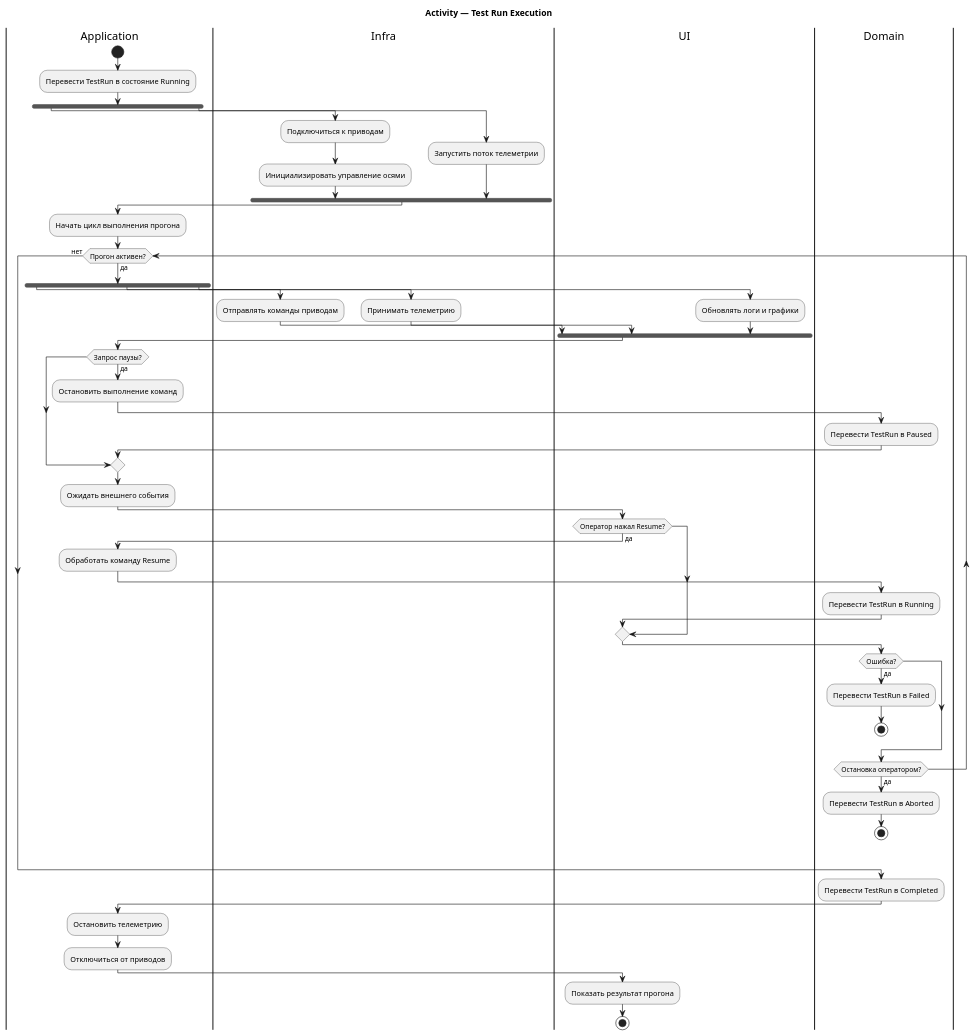
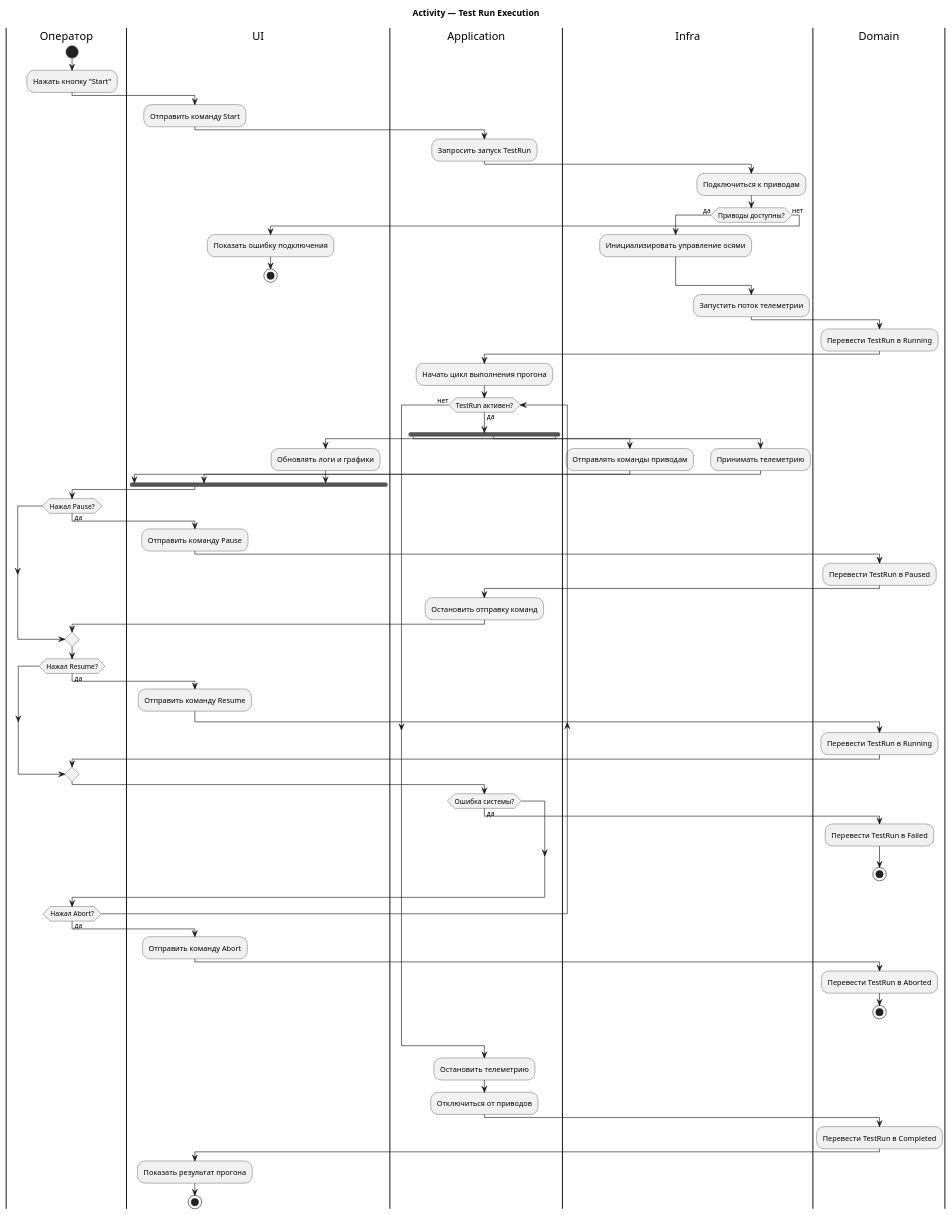
Before and after one commit to TarkWight/uas-test-system: the diagram in docs/diagrams/activity-test-run-execution.puml, drawn with PlantUML.

Commit message:
? update plant-uml with AD for test run execution
add operator
refactor diagram
update run loop
correct states flow

```diff
--- a/docs/diagrams/activity-test-run-execution.puml
+++ b/docs/diagrams/activity-test-run-execution.puml
@@ -1,74 +1,94 @@
 @startuml
 title Activity — Test Run Execution
 
+|Оператор|
+start
+:Нажать кнопку "Start";
+
+|UI|
+:Отправить команду Start;
+
 |Application|
-start
-:Перевести TestRun в состояние Running;
+:Запросить запуск TestRun;
 
-fork
-    |Infra|
-    :Подключиться к приводам;
+|Infra|
+:Подключиться к приводам;
+
+if (Приводы доступны?) then (да)
     :Инициализировать управление осями;
-fork again
-    |Infra|
-    :Запустить поток телеметрии;
-end fork
+else (нет)
+    |UI|
+    :Показать ошибку подключения;
+    stop
+endif
+
+|Infra|
+:Запустить поток телеметрии;
+
+|Domain|
+:Перевести TestRun в Running;
 
 |Application|
 :Начать цикл выполнения прогона;
 
-while (Прогон активен?) is (да)
+while (TestRun активен?) is (да)
+
     fork
         |Infra|
         :Отправлять команды приводам;
     fork again
         |Infra|
         :Принимать телеметрию;
     fork again
         |UI|
         :Обновлять логи и графики;
     end fork
 
+    |Оператор|
+    if (Нажал Pause?) then (да)
+        |UI|
+        :Отправить команду Pause;
+        |Domain|
+        :Перевести TestRun в Paused;
+        |Application|
+        :Остановить отправку команд;
+    endif
+
+    |Оператор|
+    if (Нажал Resume?) then (да)
+        |UI|
+        :Отправить команду Resume;
+        |Domain|
+        :Перевести TestRun в Running;
+    endif
+
     |Application|
-if (Запрос паузы?) then (да)
-    :Остановить выполнение команд;
-    |Domain|
-    :Перевести TestRun в Paused;
-endif
-
-|Application|
-:Ожидать внешнего события;
-
-|UI|
-if (Оператор нажал Resume?) then (да)
-    |Application|
-    :Обработать команду Resume;
-    |Domain|
-    :Перевести TestRun в Running;
-endif
-
-    if (Ошибка?) then (да)
+    if (Ошибка системы?) then (да)
         |Domain|
         :Перевести TestRun в Failed;
         stop
     endif
 
-    if (Остановка оператором?) then (да)
+    |Оператор|
+    if (Нажал Abort?) then (да)
+        |UI|
+        :Отправить команду Abort;
         |Domain|
         :Перевести TestRun в Aborted;
         stop
     endif
+
 endwhile (нет)
-
-|Domain|
-:Перевести TestRun в Completed;
 
 |Application|
 :Остановить телеметрию;
 :Отключиться от приводов;
+
+|Domain|
+:Перевести TestRun в Completed;
 
 |UI|
 :Показать результат прогона;
 
 stop
 @enduml
```
